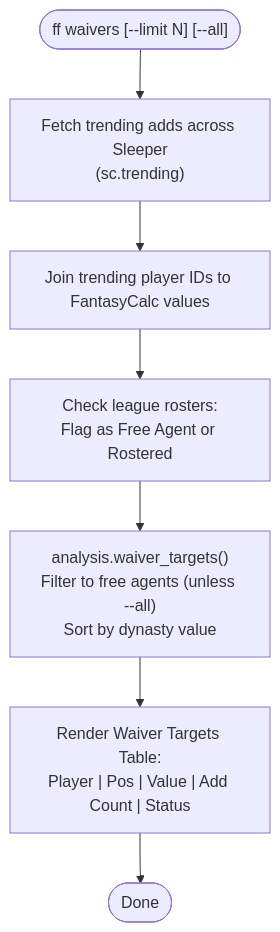
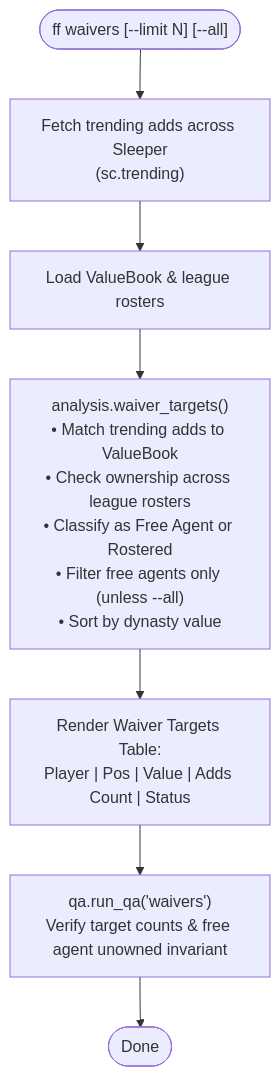
Diagram 13 of 17 in README.md (savvides/ff), drawn with Mermaid before and after one commit. The commit also changed other lines of this file and 26 other files, not shown here.

````diff
--- a/README.md
+++ b/README.md
@@ -335,9 +358,9 @@
 ```mermaid
 flowchart TD
     Start(["ff waivers [--limit N] [--all]"]) --> FetchTrend["Fetch trending adds across Sleeper\n(sc.trending)"]
-    FetchTrend --> JoinValues["Join trending player IDs to FantasyCalc values"]
-    JoinValues --> CheckRosters["Check league rosters:\nFlag as Free Agent or Rostered"]
-    CheckRosters --> Filter["analysis.waiver_targets()\nFilter to free agents (unless --all)\nSort by dynasty value"]
-    Filter --> Table["Render Waiver Targets Table:\nPlayer | Pos | Value | Add Count | Status"]
-    Table --> Done(["Done"])
+    FetchTrend --> LoadData["Load ValueBook & league rosters"]
+    LoadData --> TargetAnalysis["analysis.waiver_targets()\n• Match trending adds to ValueBook\n• Check ownership across league rosters\n• Classify as Free Agent or Rostered\n• Filter free agents only (unless --all)\n• Sort by dynasty value"]
+    TargetAnalysis --> Render["Render Waiver Targets Table:\nPlayer | Pos | Value | Adds Count | Status"]
+    Render --> QA["qa.run_qa('waivers')\nVerify target counts & free agent unowned invariant"]
+    QA --> Done(["Done"])
 ```
````
